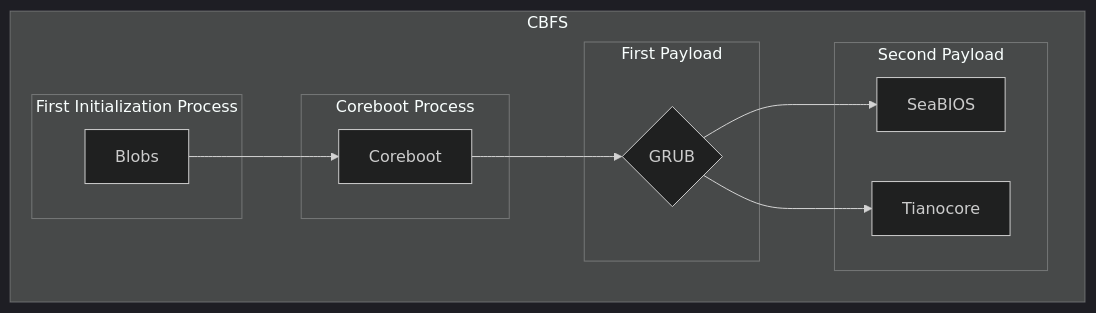
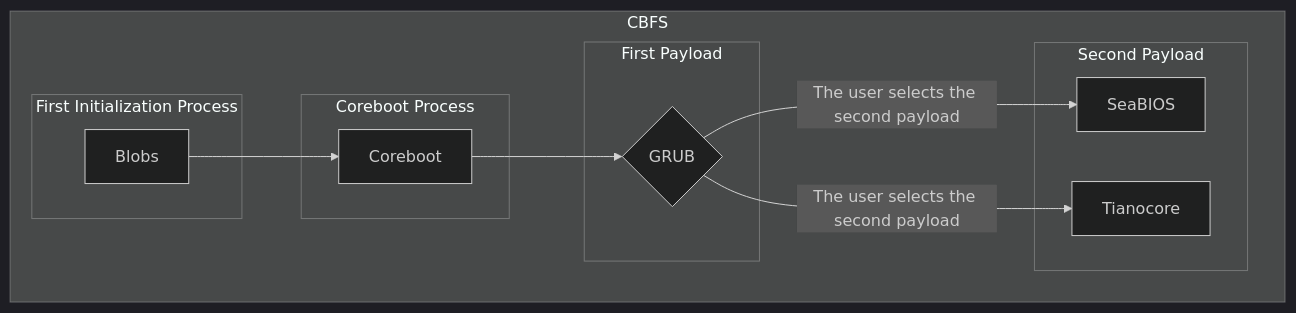
One commit to Ch3ckm4t3C1ph3r/Lenovo-Ideapad-320-14ISK-_Coreboot-Adaptation_ changed the diagram in README.md. Above: the diagram before and after it, drawn with Mermaid (dark theme).

Commit message:
Clarify user selection in payload diagram

````diff
--- a/README.md
+++ b/README.md
@@ -99,29 +99,29 @@
 ```mermaid
 flowchart LR;
     subgraph CBFS
         direction LR
 
         %% Not publicly documented boot process
         subgraph First Initialization Process
         Blobs
         end
 
         Blobs --> Coreboot
 
         subgraph Coreboot Process
         Coreboot
         end
     
         Coreboot-->p1{GRUB}
     
         subgraph First Payload
         p1{GRUB}
         end
     
-        p1{GRUB}-->p2_1[SeaBIOS] & p2_2[Tianocore]
+        p1{GRUB}--The user selects the second payload-->p2_1[SeaBIOS] & p2_2[Tianocore]
     
         subgraph Second Payload
         p2_1[SeaBIOS] & p2_2[Tianocore]
         end
     end
 ```
````
